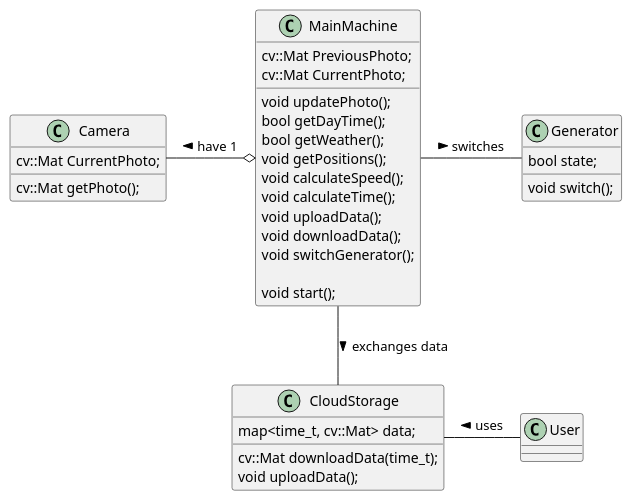
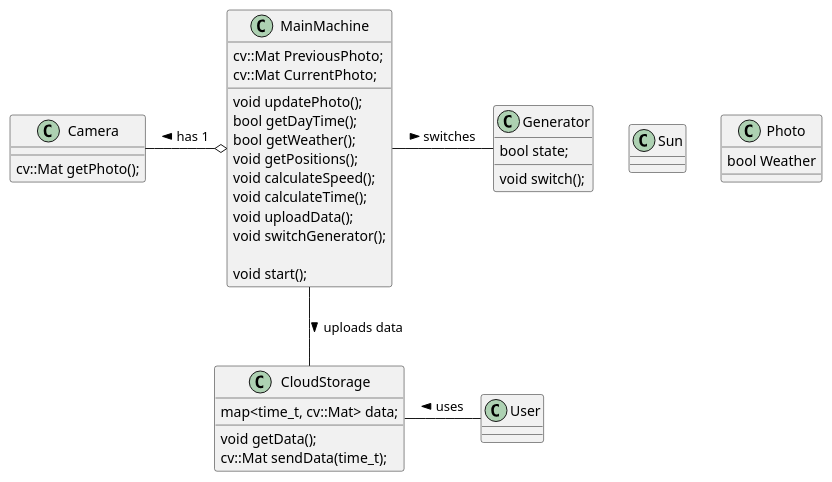
Before and after one commit to fanglores/-: the diagram in Project/doc/classes.pu, drawn with PlantUML.

```diff
--- a/Project/doc/classes.pu
+++ b/Project/doc/classes.pu
@@ -1,47 +1,57 @@
 @startuml
+
+class Sun
+{
+   
+
+}
+
 class Camera
 {
-   cv::Mat CurrentPhoto;
-   
    cv::Mat getPhoto();
+}
+
+class Photo
+{
+   bool Weather
+
 }
 
 class MainMachine
 {
    cv::Mat PreviousPhoto;
    cv::Mat CurrentPhoto;
    
    void updatePhoto();
    bool getDayTime();
    bool getWeather();
    void getPositions();
    void calculateSpeed();
    void calculateTime();
    void uploadData();
-   void downloadData();
    void switchGenerator();
 
    void start();
 }
 
 class Generator
 {
    bool state;
 
    void switch();
 }
 
 class CloudStorage
 {
   map<time_t, cv::Mat> data;
 
-  cv::Mat downloadData(time_t);
-  void uploadData();
+  void getData();
+  cv::Mat sendData(time_t);
 }
 
-Camera -o MainMachine : have 1 <
+Camera -o MainMachine : has 1 <
 MainMachine - Generator : switches >
-MainMachine -- CloudStorage : exchanges data >
+MainMachine -- CloudStorage : uploads data >
 CloudStorage - User: uses <
 
 @enduml
```
